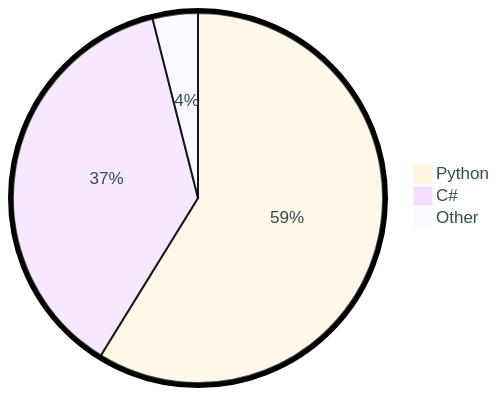
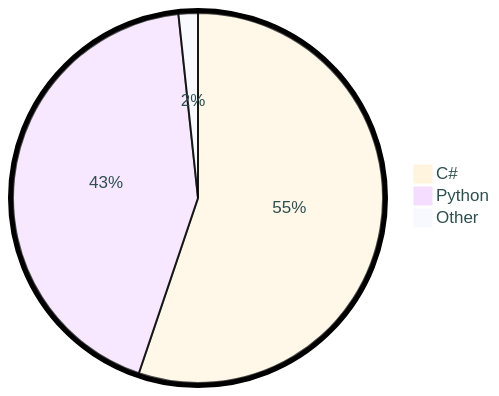
One commit to tot0p/tot0p changed the diagram in README.md. Above: the diagram before and after it, drawn with Mermaid. The commit also changed other lines of this file, not shown here.

````diff
--- a/README.md
+++ b/README.md
@@ -76,7 +72,7 @@
 ```mermaid
 %%{init: {"pie": {"textPosition": 0.5}, "themeVariables": {"pieOuterStrokeWidth": "5px","primaryTextColor" : "#2F4F4F"},"theme":"base"} }%%
 pie
-	"Python": 58.8
-	"C#": 37.25
-	"Other": 3.9500000000000006
+	"C#": 55.18
+	"Python": 43.13
+	"Other": 1.69
 ```
````
